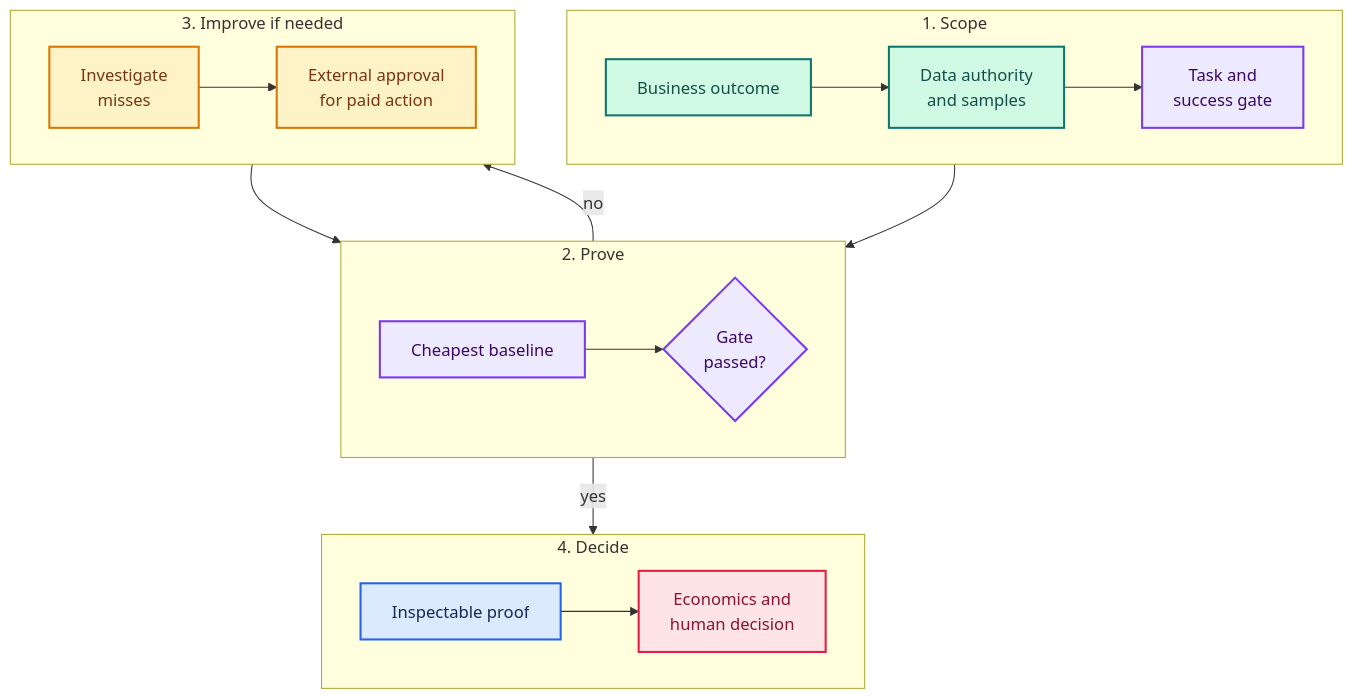
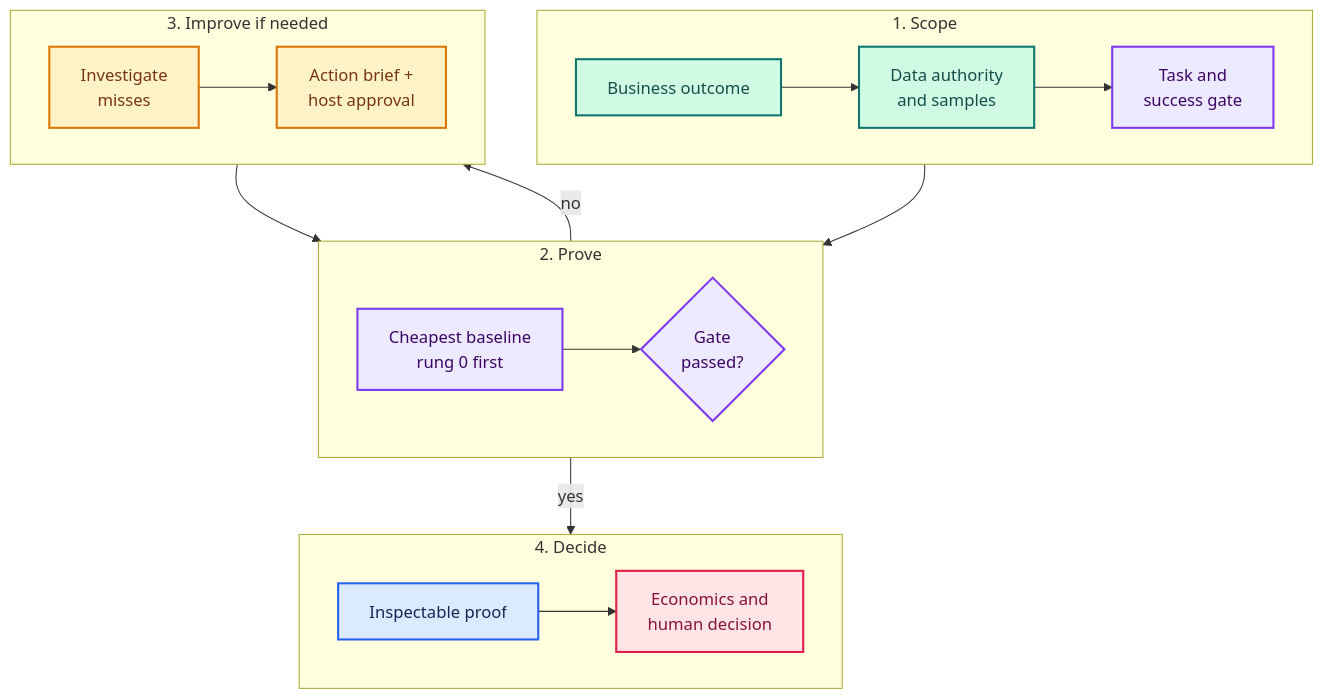
One commit to Borda/vision-delivery changed the diagram in README.md. Above: the diagram before and after it, drawn with Mermaid. The commit also changed other lines of this file and 85 other files, not shown here.

````diff
--- a/README.md
+++ b/README.md
@@ -61,40 +71,40 @@
 ```mermaid
 flowchart TB
     subgraph SCOPE[1. Scope]
         direction LR
         A[Business outcome] --> B[Data authority<br/>and samples]
         B --> C[Task and<br/>success gate]
     end
 
     subgraph PROVE[2. Prove]
         direction LR
-        D[Cheapest baseline] --> E{Gate<br/>passed?}
+        D[Cheapest baseline<br/>rung 0 first] --> E{Gate<br/>passed?}
     end
 
     subgraph IMPROVE[3. Improve if needed]
         direction LR
-        G[Investigate<br/>misses] --> H[External approval<br/>for paid action]
+        G[Investigate<br/>misses] --> H[Action brief +<br/>host approval]
     end
 
     subgraph DECIDE[4. Decide]
         direction LR
         F[Inspectable proof] --> I[Economics and<br/>human decision]
     end
 
     C --> D
     E -->|yes| F
     E -->|no| G
     H --> D
 
     classDef user fill:#D1FAE5,stroke:#0F766E,color:#134E4A,stroke-width:2px;
     classDef sentinel fill:#EDE9FE,stroke:#7C3AED,color:#3B0764,stroke-width:2px;
     classDef improve fill:#FEF3C7,stroke:#D97706,color:#78350F,stroke-width:2px;
     classDef evidence fill:#DBEAFE,stroke:#2563EB,color:#172554,stroke-width:2px;
     classDef decision fill:#FFE4E6,stroke:#E11D48,color:#881337,stroke-width:2px;
 
     class A,B user;
     class C,D,E sentinel;
     class G,H improve;
     class F evidence;
     class I decision;
 ```
````
